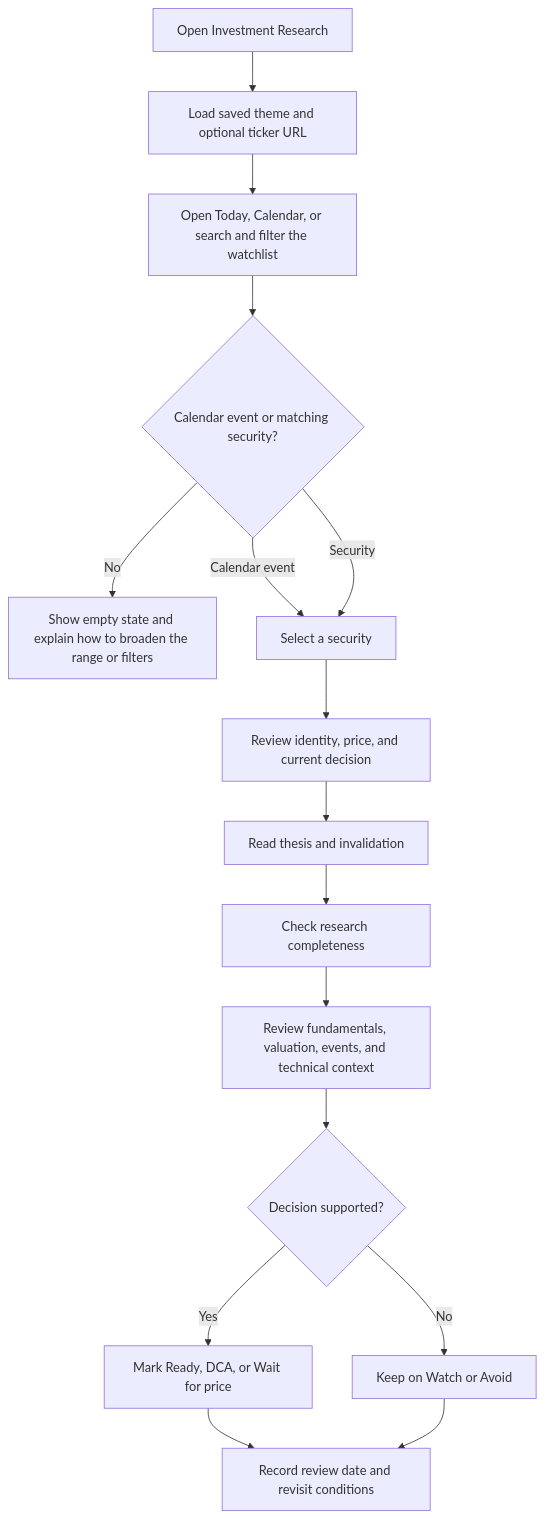
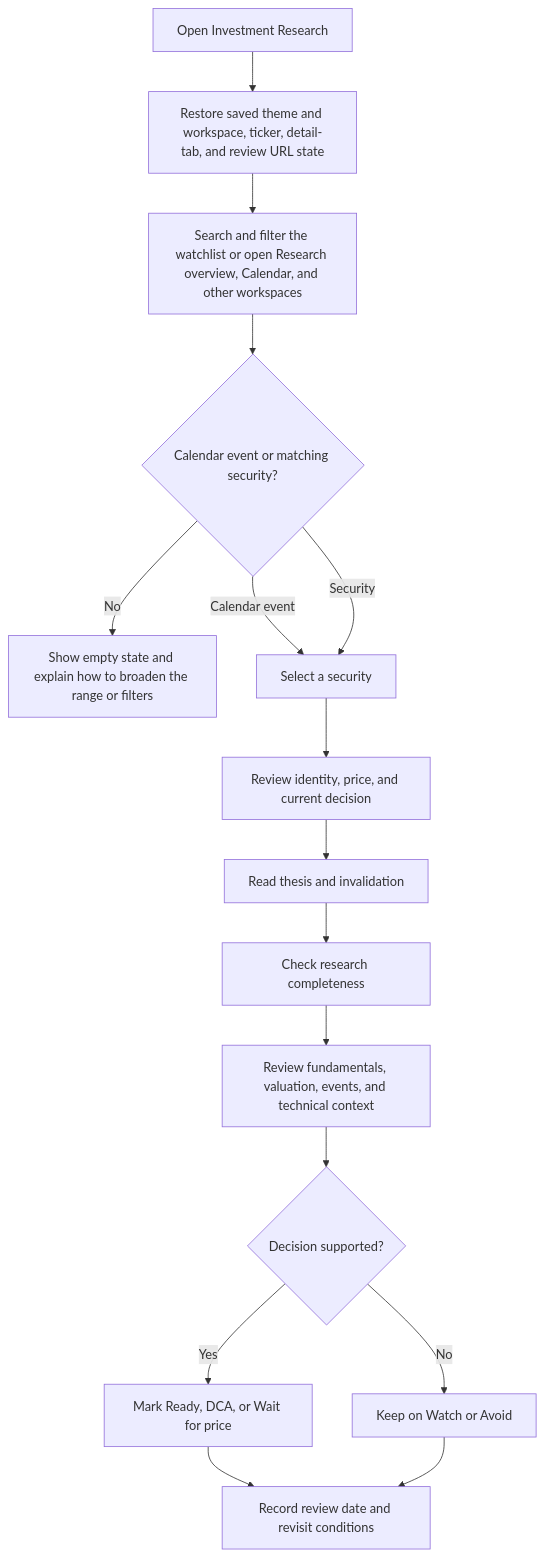
The third of 4 diagrams in docs/PROJECT_OBJECTIVE_AND_FLOWS.md (hooiml/signal), drawn with Mermaid before and after one commit. The commit also changed other lines of this file and 10 other files, not shown here.

Commit message:
Preserve research workspace state across navigation

````diff
--- a/docs/PROJECT_OBJECTIVE_AND_FLOWS.md
+++ b/docs/PROJECT_OBJECTIVE_AND_FLOWS.md
@@ -261,18 +264,18 @@
 ```mermaid
 flowchart TD
-    A[Open Investment Research] --> B[Load saved theme and optional ticker URL]
-    B --> C[Open Today, Calendar, or search and filter the watchlist]
+    A[Open Investment Research] --> B[Restore saved theme and workspace, ticker, detail-tab, and review URL state]
+    B --> C[Search and filter the watchlist or open Research overview, Calendar, and other workspaces]
     C --> D{Calendar event or matching security?}
     D -- No --> E[Show empty state and explain how to broaden the range or filters]
     D -- Calendar event --> F[Open the ticker review workflow or Events tab]
     D -- Security --> F[Select a security]
     F --> G[Review identity, price, and current decision]
     G --> H[Read thesis and invalidation]
     H --> I[Check research completeness]
     I --> J[Review fundamentals, valuation, events, and technical context]
     J --> K{Decision supported?}
     K -- Yes --> L[Mark Ready, DCA, or Wait for price]
     K -- No --> M[Keep on Watch or Avoid]
     L --> N[Record review date and revisit conditions]
     M --> N
 ```
````
